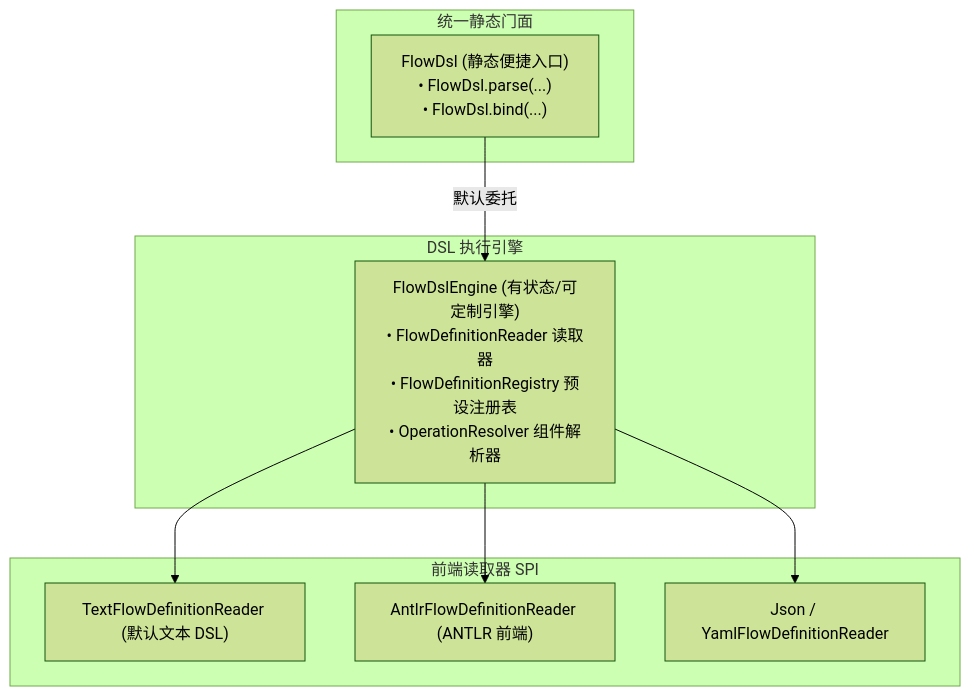
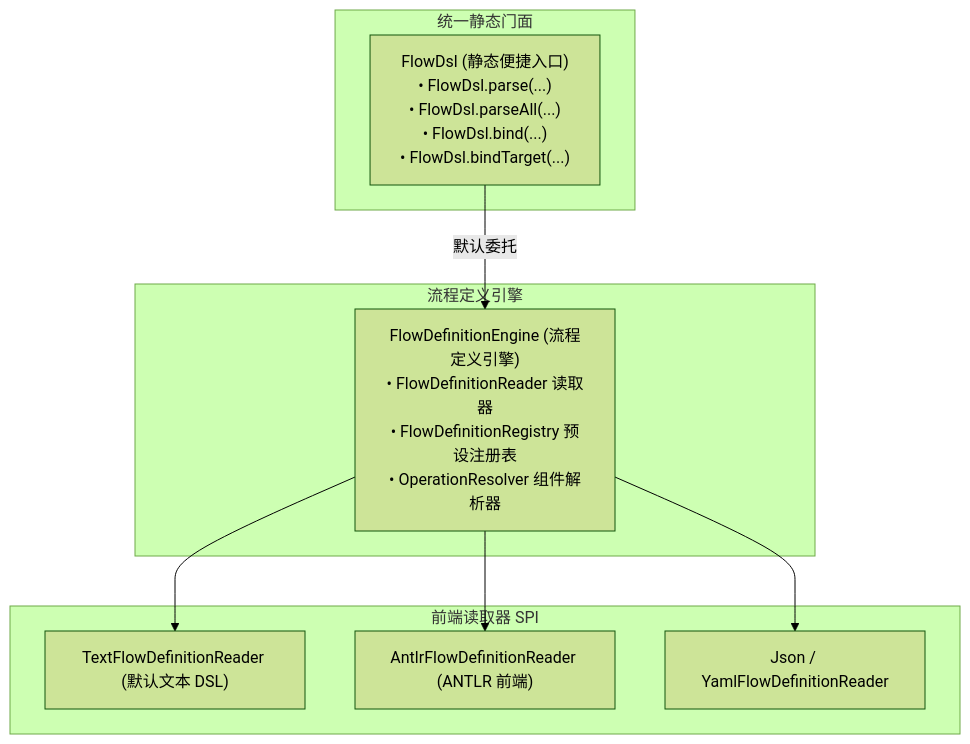
Before and after one commit to team4u/team4u-framework: the second of 2 diagrams in docs/flow/flow-dsl.md, drawn with Mermaid (forest theme). The commit also changed other lines of this file and 79 other files, not shown here.

Commit message:
feat(parser): extract team4u-parser infrastructure and refactor flow and criterion parsing

````diff
--- a/docs/flow/flow-dsl.md
+++ b/docs/flow/flow-dsl.md
@@ -654,19 +654,19 @@
 ```mermaid
 graph TD
     subgraph "统一静态门面"
-        FACADE["FlowDsl (静态便捷入口)<br/>• FlowDsl.parse(...)<br/>• FlowDsl.bind(...)"]
+        FACADE["FlowDsl (静态便捷入口)<br/>• FlowDsl.parse(...)<br/>• FlowDsl.parseAll(...)<br/>• FlowDsl.bind(...)<br/>• FlowDsl.bindTarget(...)"]
     end
 
-    subgraph "DSL 执行引擎"
-        ENG["FlowDslEngine (有状态/可定制引擎)<br/>• FlowDefinitionReader 读取器<br/>• FlowDefinitionRegistry 预设注册表<br/>• OperationResolver 组件解析器"]
+    subgraph "流程定义引擎"
+        ENG["FlowDefinitionEngine (流程定义引擎)<br/>• FlowDefinitionReader 读取器<br/>• FlowDefinitionRegistry 预设注册表<br/>• OperationResolver 组件解析器"]
     end
 
     subgraph "前端读取器 SPI"
         RDR1["TextFlowDefinitionReader (默认文本 DSL)"]
         RDR2["AntlrFlowDefinitionReader (ANTLR 前端)"]
         RDR3["Json / YamlFlowDefinitionReader"]
     end
 
     FACADE -->|默认委托| ENG
     ENG --> RDR1 & RDR2 & RDR3
 ```
````
